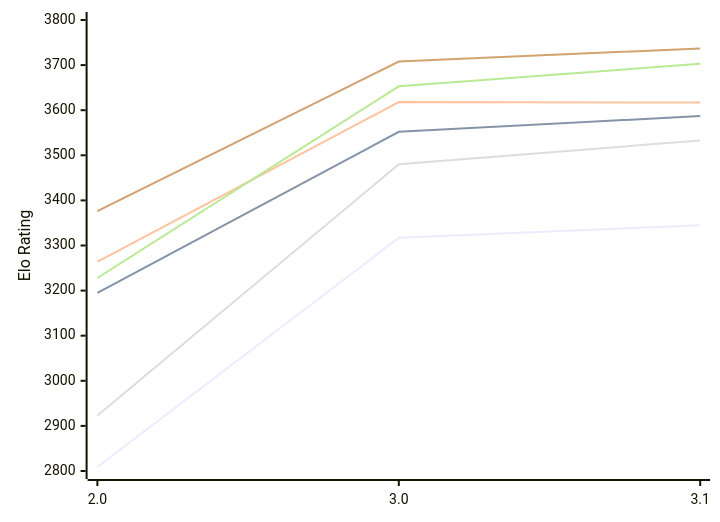
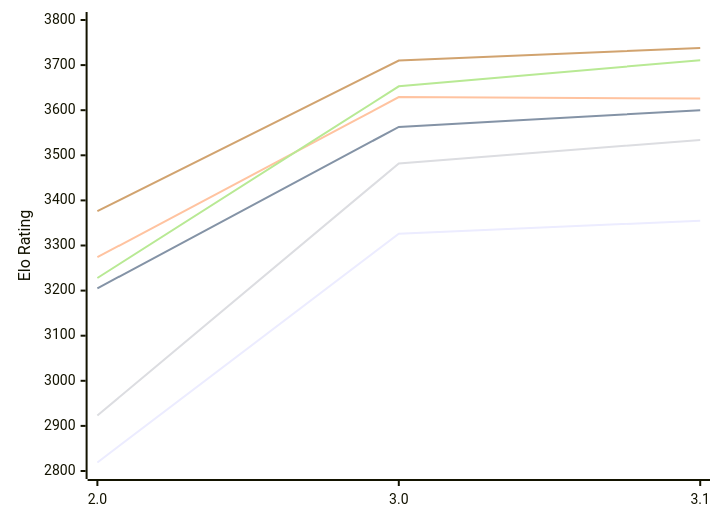
One commit to computer-chess-index/cci changed the diagram in engines/Funcomp.md. Above: the diagram before and after it, drawn with Mermaid. The commit also changed other lines of this file, not shown here.

Commit message:
Update CCI Ratings (ELO VLTC) - 2026-11-07

````diff
--- a/engines/Funcomp.md
+++ b/engines/Funcomp.md
@@ -51,12 +51,12 @@
 ```mermaid
 %%{init: {"theme":"base","themeVariables":{"seriesColors:['#a3a3a3','#222221','#faa371']}}}%%
 xychart-beta
   x-axis ["2.0", "3.0", "3.1"]
   y-axis "Elo Rating" 2800 --> 3800
-  line "E1: STC (8.0+0.08s)" [2809, 3317, 3345]
-  line "E1: LTC (60.0+0.60s)" [3195, 3552, 3587]
-  line "E1: VLTC (2m24s+1.12s)" [3264, 3618, 3617]
-  line "P1: STC (8.0+0.08s)" [2923, 3480, 3533]
-  line "P1: LTC (60.0+0.60s)" [3228, 3653, 3703]
-  line "P1: VLTC (2m24s+1.12s)" [3376, 3708, 3737]
+  line "E1: STC (8.0+0.08s)" [2819, 3326, 3355]
+  line "E1: LTC (60.0+0.60s)" [3205, 3563, 3600]
+  line "E1: VLTC (2m24s+1.12s)" [3274, 3629, 3626]
+  line "P1: STC (8.0+0.08s)" [2923, 3482, 3534]
+  line "P1: LTC (60.0+0.60s)" [3228, 3653, 3711]
+  line "P1: VLTC (2m24s+1.12s)" [3376, 3710, 3738]
 ```
````
